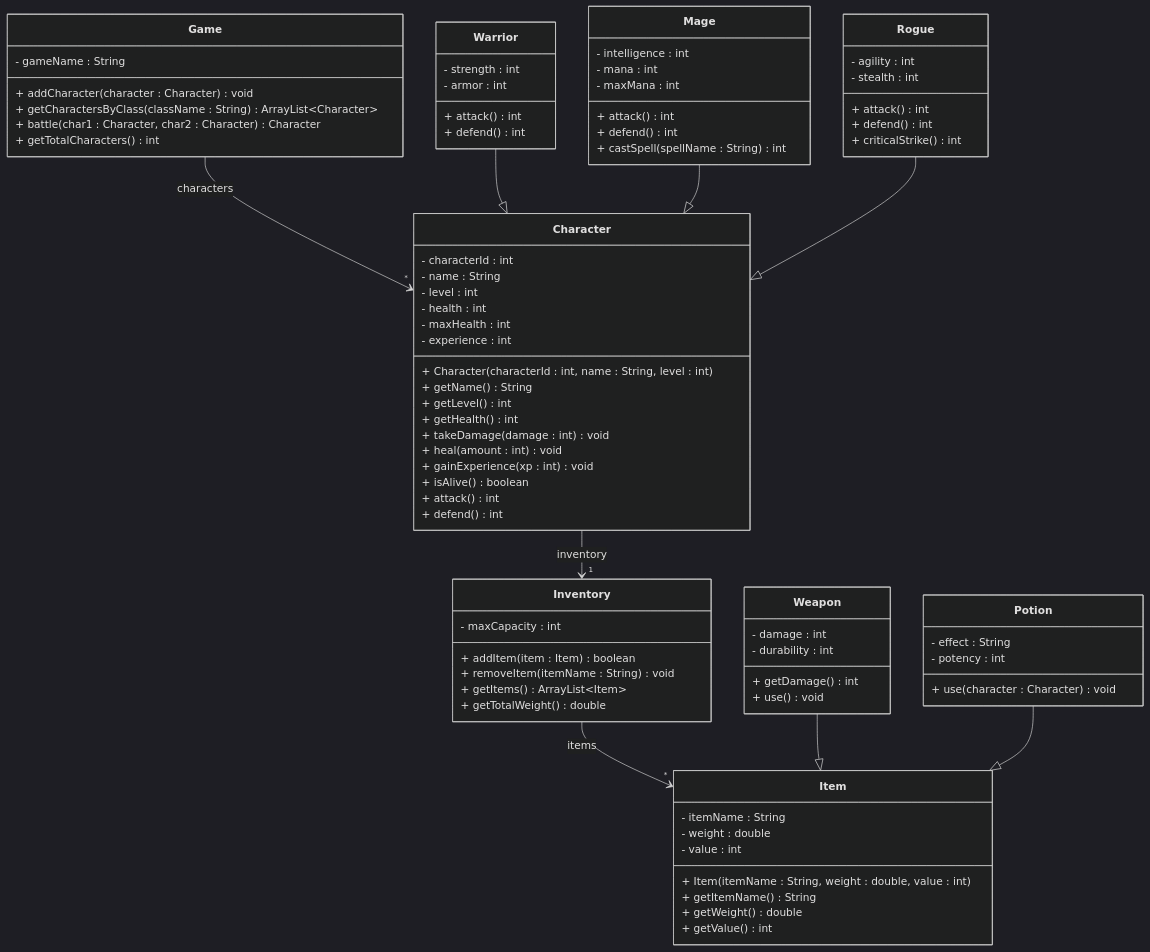
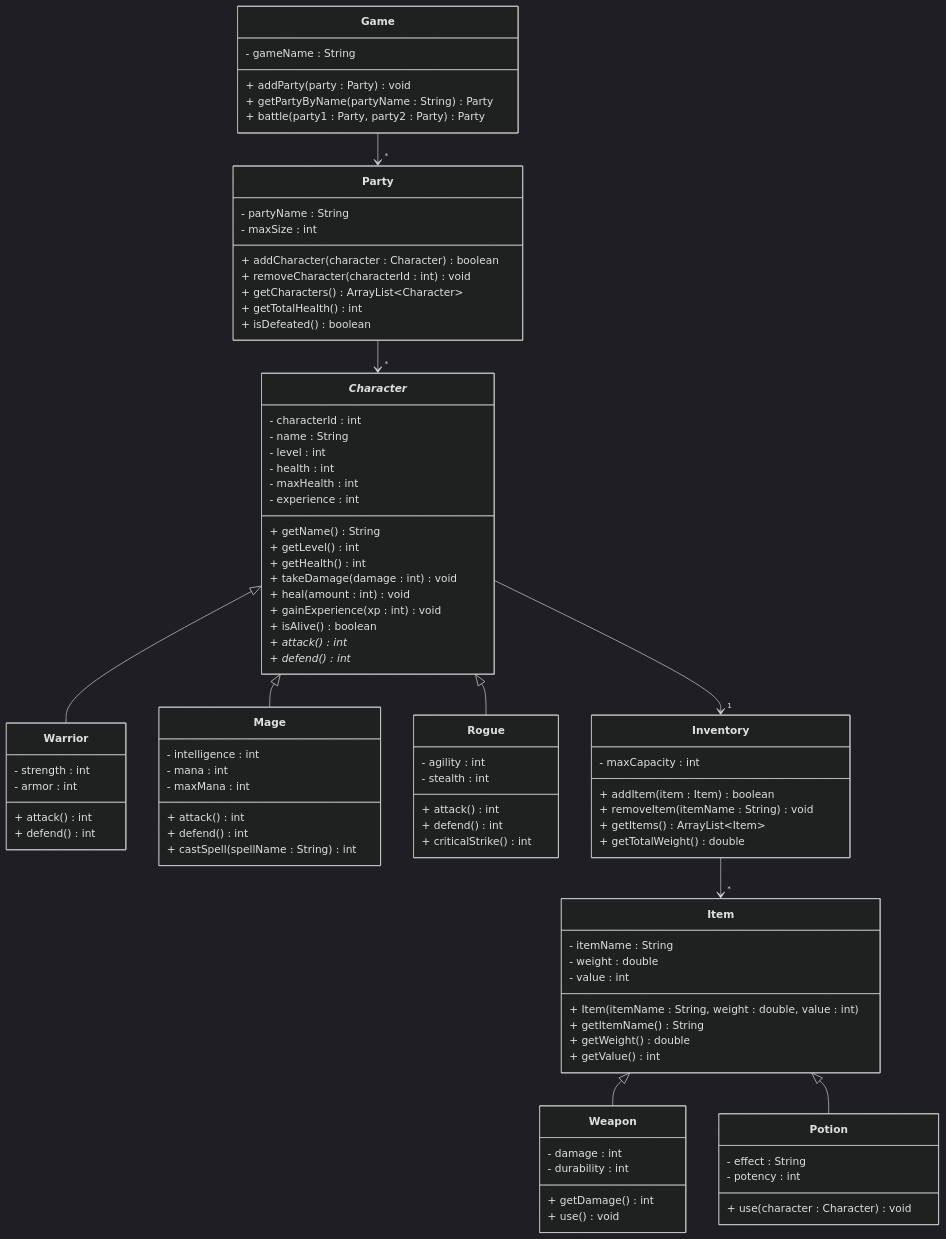
Before and after one commit to TroelsMortensen/Codelabs2: the diagram in Articles/Session 24 - Exam/020 Exercise 19 - Fantasy Game.md, drawn with Mermaid (dark theme). The commit also changed other lines of this file and 2 other files, not shown here.

````diff
--- a/Articles/Session 24 - Exam/020 Exercise 19 - Fantasy Game.md
+++ b/Articles/Session 24 - Exam/020 Exercise 19 - Fantasy Game.md
@@ -6,20 +6,28 @@
 classDiagram
     class Game {
         - gameName : String
-        + addCharacter(character : Character) void
-        + getCharactersByClass(className : String) ArrayList~Character~
-        + battle(char1 : Character, char2 : Character) Character
-        + getTotalCharacters() int
+        + addParty(party : Party) void
+        + getPartyByName(partyName : String) Party
+        + battle(party1 : Party, party2 : Party) Party
     }
     
-    class Character {
+    class Party {
+        - partyName : String
+        - maxSize : int
+        + addCharacter(character : Character) boolean
+        + removeCharacter(characterId : int) void
+        + getCharacters() ArrayList~Character~
+        + getTotalHealth() int
+        + isDefeated() boolean
+    }
+    
+    class _Character_ {
         - characterId : int
         - name : String
         - level : int
         - health : int
         - maxHealth : int
         - experience : int
-        + Character(characterId : int, name : String, level : int)
         + getName() String
         + getLevel() int
         + getHealth() int
@@ -27,8 +35,8 @@
         + heal(amount : int) void
         + gainExperience(xp : int) void
         + isAlive() boolean
-        + attack() int
-        + defend() int
+        + attack()* int
+        + defend()* int
     }
     
     class Warrior {
@@ -86,12 +94,13 @@
         + use(character : Character) void
     }
     
-    Game --> "*" Character : characters
-    Character --> "1" Inventory : inventory
-    Warrior --|> Character
-    Mage --|> Character
-    Rogue --|> Character
-    Inventory --> "*" Item : items
-    Weapon --|> Item
-    Potion --|> Item
+    Game --> "*" Party
+    Party --> "*" _Character_
+    _Character_ --> "1" Inventory
+    _Character_ <|-- Warrior
+    _Character_ <|-- Mage
+    _Character_ <|-- Rogue
+    Inventory --> "*" Item
+    Item <|-- Weapon
+    Item <|-- Potion
 ```
````
